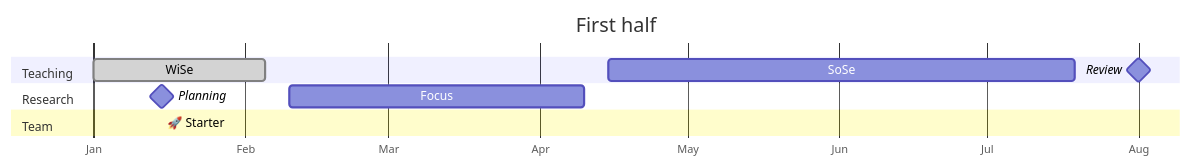
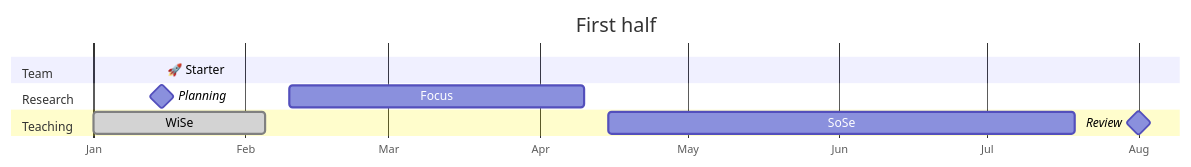
The first of 2 diagrams in docs/02.calendar.md (digital-work-lab/handbook), drawn with Mermaid before and after one commit. The commit also changed other lines of this file, not shown here.

````diff
--- a/docs/02.calendar.md
+++ b/docs/02.calendar.md
@@ -11,22 +11,22 @@
 ```mermaid
 ---
 displayMode: compact
 ---
 gantt
     title First half
     dateFormat  YYYY-MM-DD
     todayMarker stroke-width:5px,stroke:red,opacity:0.8
     axisFormat %b
+
+    section Team
+    🚀 Starter :b1, 2024-01-15, milestone
+
+    section Research
+    Planning :milestone, 2024-01-15, milestone
+    Focus           :a2, 2024-02-10, 60d
     section Teaching
     WiSe           :done, 2024-01-01, 35d
     SoSe           :a1, 2024-04-15, 95d
     Review   :milestone, 2024-08-01, milestone
 
-    section Research
-    Planning :milestone, 2024-01-15, milestone
-
-    Focus           :a2, 2024-02-10, 60d
-
-    section Team
-    🚀 Starter :b1, 2024-01-15, milestone
 ```
````
